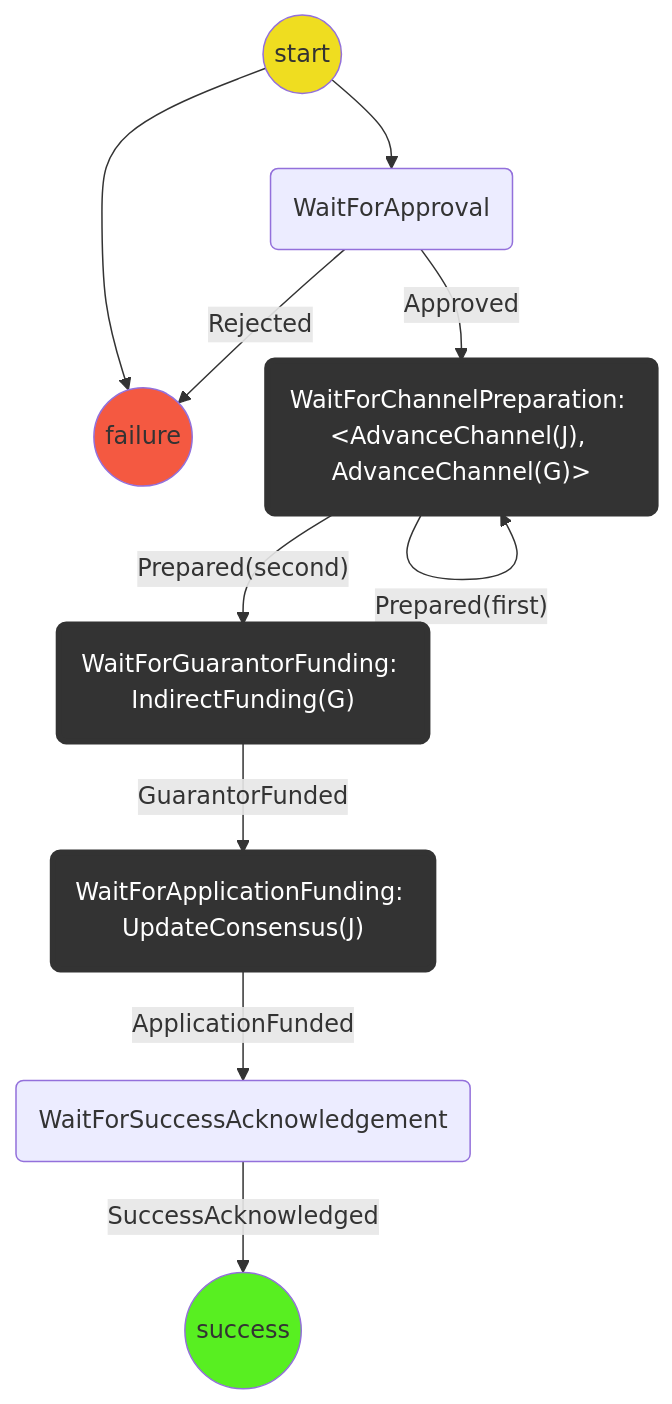
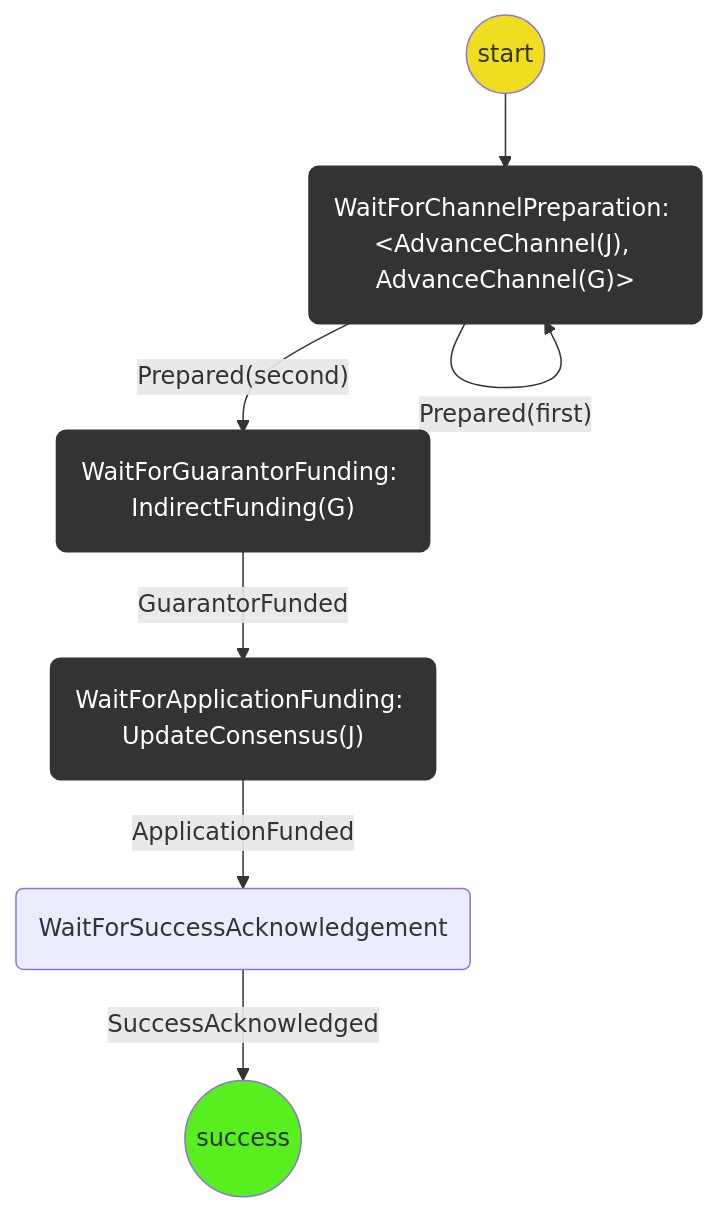
The second of 2 diagrams in packages/wallet/src/redux/protocols/virtual-funding/readme.md (magmo/apps), drawn with Mermaid before and after one commit. The commit also changed 1 other file, not shown here.

Commit message:
Remove WaitForApproval
The funding protocol should allow the user to choose a strategy. If
they've chosen virtual funding, then it has already been approved.

````diff
--- a/packages/wallet/src/redux/protocols/virtual-funding/readme.md
+++ b/packages/wallet/src/redux/protocols/virtual-funding/readme.md
@@ -73,28 +73,21 @@
 ```mermaid
 graph TD
 linkStyle default interpolate basis
-  St((start)) --> F((failure))
-  St((start)) --> WFAp(WaitForApproval)
-  WFAp --> |Approved| WFOC("WaitForChannelPreparation: #60;AdvanceChannel(J), AdvanceChannel(G)#62;")
+  St((start)) --> WFOC("WaitForChannelPreparation: #60;AdvanceChannel(J), AdvanceChannel(G)#62;")
 
   WFOC --> |"Prepared(first)"| WFOC
   WFOC --> |"Prepared(second)"| WFGF("WaitForGuarantorFunding: IndirectFunding(G)")
 
   WFGF --> |GuarantorFunded| WFAF("WaitForApplicationFunding: UpdateConsensus(J)")
   WFAF --> |ApplicationFunded| WFSA(WaitForSuccessAcknowledgement)
   WFSA --> |SuccessAcknowledged| S((success))
-  WFAp --> |Rejected| F((failure))
 
   classDef logic fill:#efdd20;
   classDef Success fill:#58ef21;
   classDef Failure fill:#f45941;
   classDef WaitForChildProtocol stroke:#333,stroke-width:4px,color:#ffff,fill:#333;
   class St logic;
   class S Success;
   class F Failure;
-  class Fi WaitForChildProtocol
-  class WFOC WaitForChildProtocol
-  class WFJ WaitForChildProtocol
-  class WFAF WaitForChildProtocol
-  class WFGF WaitForChildProtocol
+  class WFAp,Fi,WFOC,WFJ,WFAF,WFGF WaitForChildProtocol
 ```
````
